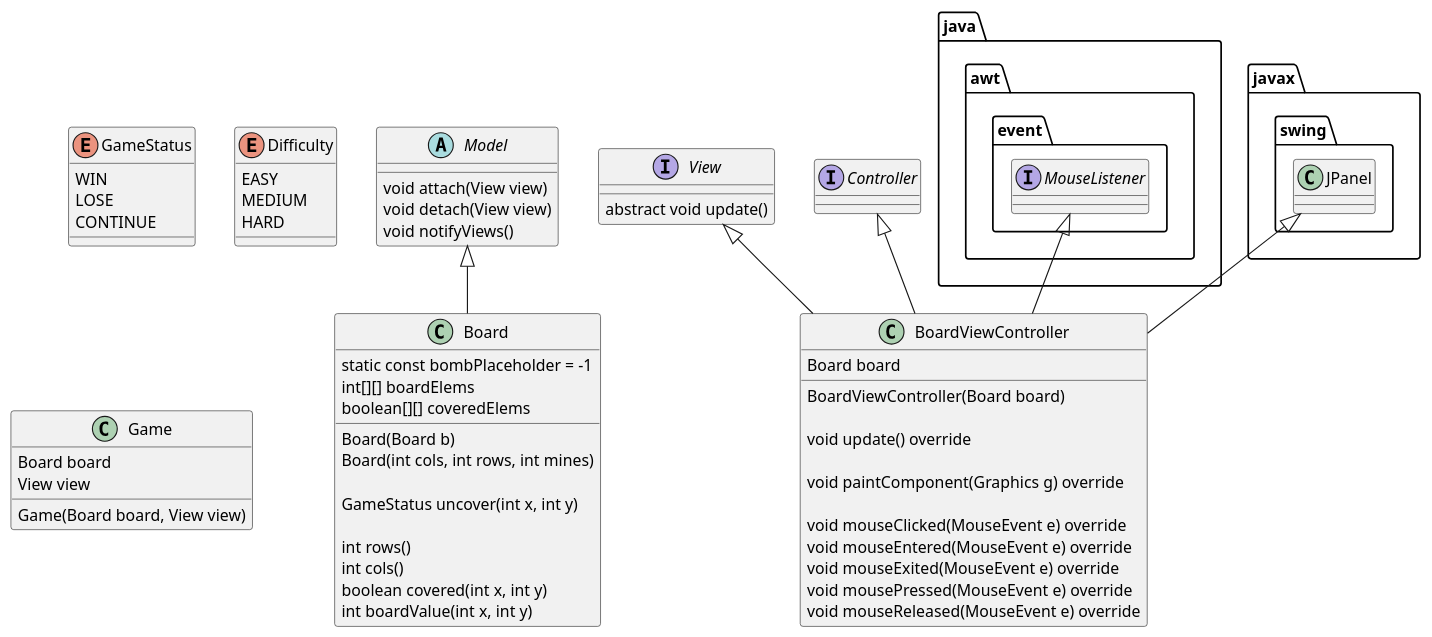
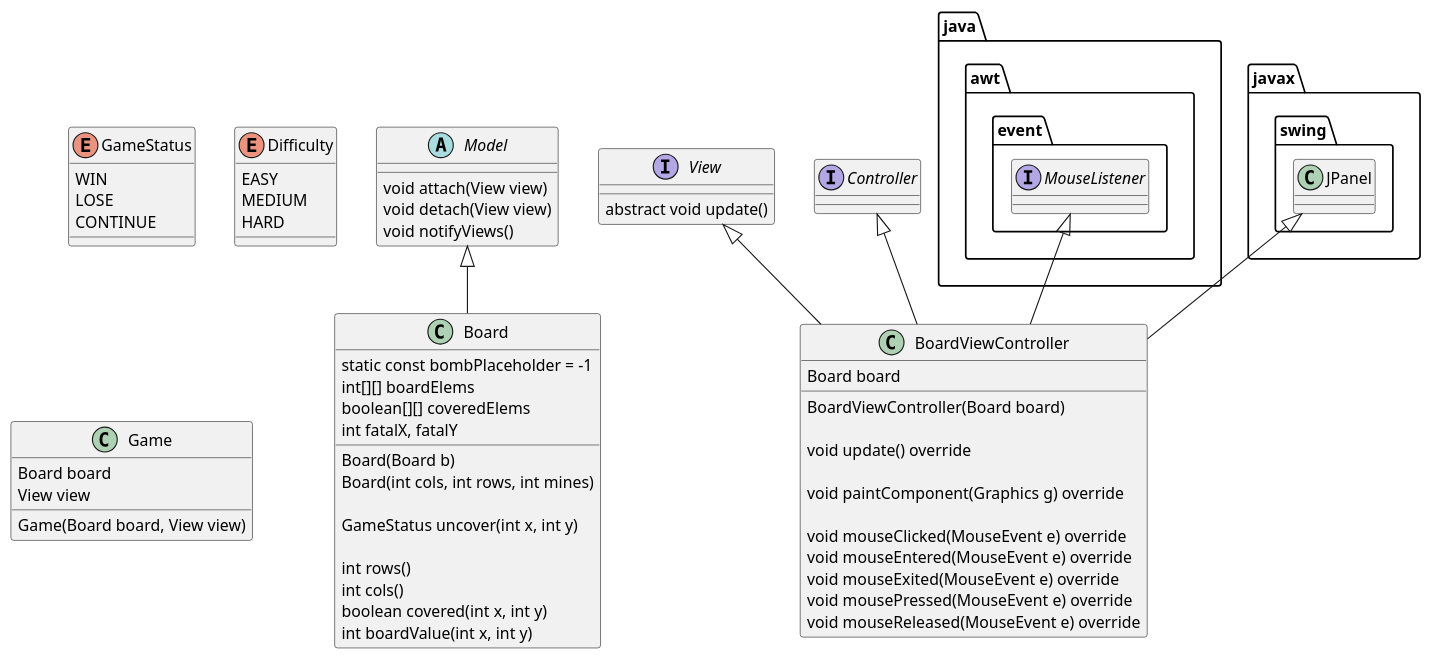
The diagram in design/minesweeper.plantuml (MarkMizzi/minesweeper), drawn with PlantUML before and after one commit. The commit also changed 2 other files, not shown here.

Commit message:
[task2] added Board.fatalX and Board.fatalY fields
These keep track of the board cell that contained fatal bomb (that
caused Game over).

```diff
--- a/design/minesweeper.plantuml
+++ b/design/minesweeper.plantuml
@@ -1,76 +1,77 @@
 @startuml
 
 abstract class Model {
     void attach(View view)
     void detach(View view)
     void notifyViews()
 }
 
 class Board {
 
     static const bombPlaceholder = -1
     int[][] boardElems
     boolean[][] coveredElems
+    int fatalX, fatalY
 
     Board(Board b)
     Board(int cols, int rows, int mines)
 
     GameStatus uncover(int x, int y)
 
     int rows()
     int cols()
     boolean covered(int x, int y)
     int boardValue(int x, int y)
 }
 
 enum GameStatus {
     WIN
     LOSE
     CONTINUE
 }
 
 enum Difficulty {
     EASY
     MEDIUM
     HARD
 }
 
 class BoardViewController {
     Board board
 
     BoardViewController(Board board)
 
     void update() override
 
     void paintComponent(Graphics g) override
 
     void mouseClicked(MouseEvent e) override
     void mouseEntered(MouseEvent e) override
     void mouseExited(MouseEvent e) override
     void mousePressed(MouseEvent e) override
     void mouseReleased(MouseEvent e) override
 }
 
 interface View {
     abstract void update()
 }
 
 class Game {
     Board board
     View view
 
     Game(Board board, View view)
 }
 
 interface java.awt.event.MouseListener
 class javax.swing.JPanel
 
 interface Controller
 
 Model <|-- Board
 Controller <|-- BoardViewController
 View <|-- BoardViewController
 java.awt.event.MouseListener <|-- BoardViewController
 javax.swing.JPanel <|-- BoardViewController
 
 @enduml
```
